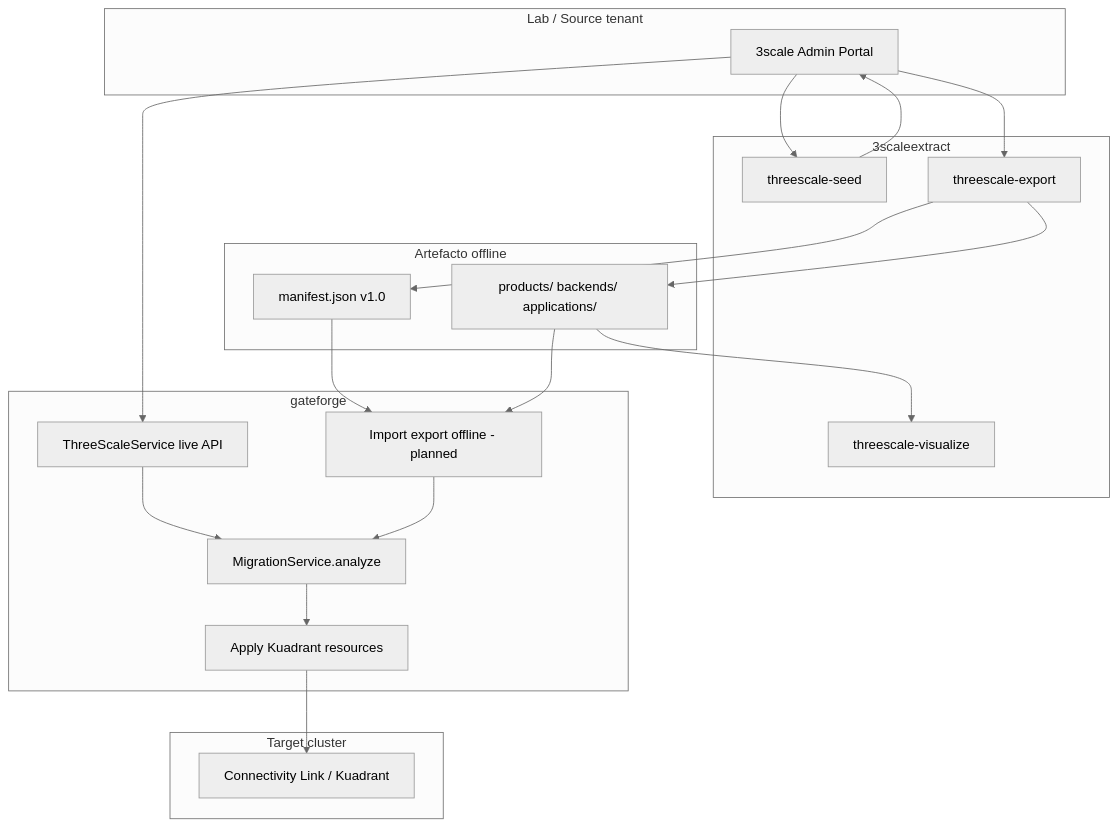
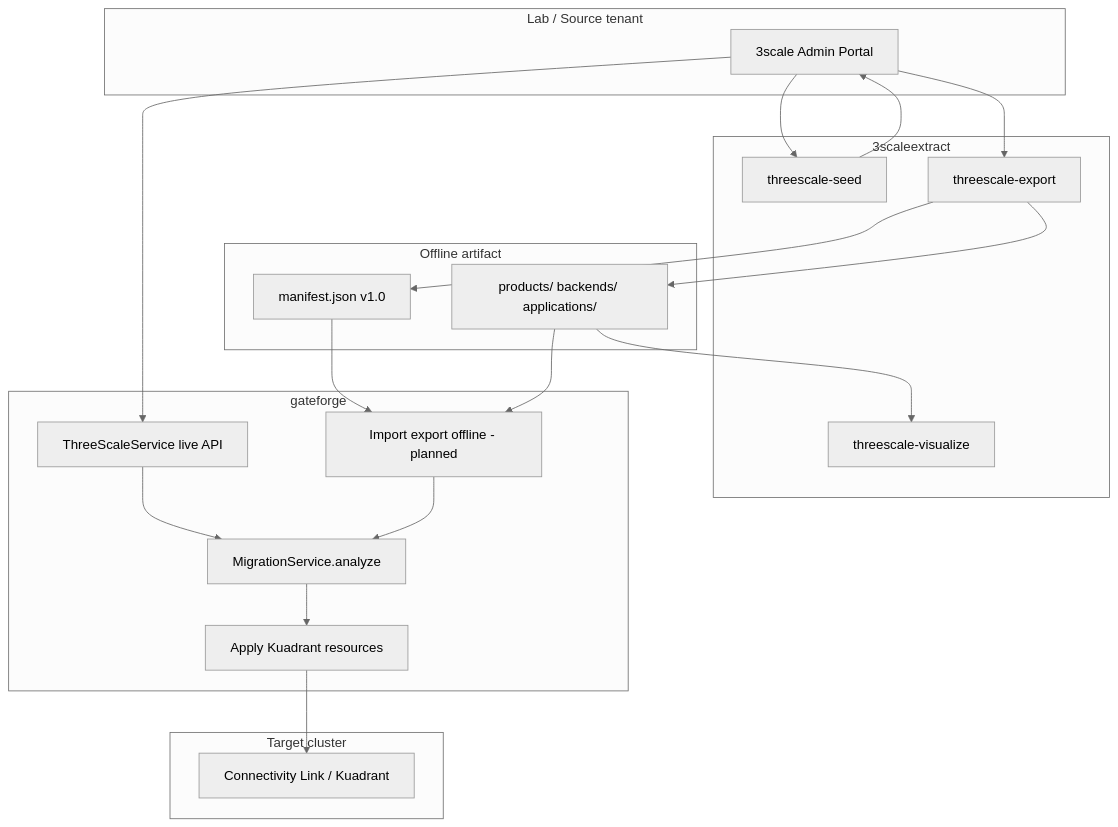
The diagram in docs/architecture/pipeline-overview.md (Everything-is-Code/rhcl-ai), drawn with Mermaid (neutral theme) before and after one commit. The commit also changed other lines of this file and 29 other files, not shown here.

````diff
--- a/docs/architecture/pipeline-overview.md
+++ b/docs/architecture/pipeline-overview.md
@@ -7,42 +7,42 @@
 ```mermaid
 flowchart TB
     subgraph lab [Lab / Source tenant]
         T3[3scale Admin Portal]
     end
 
     subgraph extract [3scaleextract]
         Seed[threescale-seed]
         Export[threescale-export]
         Viz[threescale-visualize]
     end
 
-    subgraph artifact [Artefacto offline]
+    subgraph artifact [Offline artifact]
         Manifest[manifest.json v1.0]
         Files[products/ backends/ applications/]
     end
 
     subgraph forge [gateforge]
         Live[ThreeScaleService live API]
         Import[Import export offline - planned]
         Analyze[MigrationService.analyze]
         Apply[Apply Kuadrant resources]
     end
 
     subgraph target [Target cluster]
         CL[Connectivity Link / Kuadrant]
     end
 
     T3 --> Seed
     Seed --> T3
     T3 --> Export
     Export --> Manifest
     Export --> Files
     Files --> Viz
     T3 --> Live
     Manifest --> Import
     Files --> Import
     Live --> Analyze
     Import --> Analyze
     Analyze --> Apply
     Apply --> CL
 ```
````
